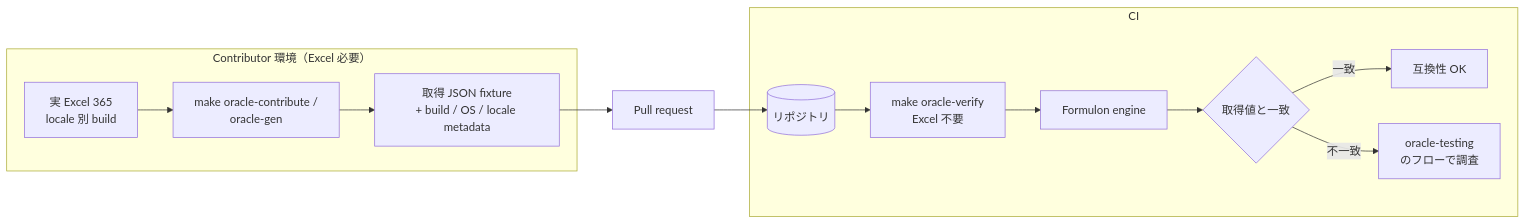
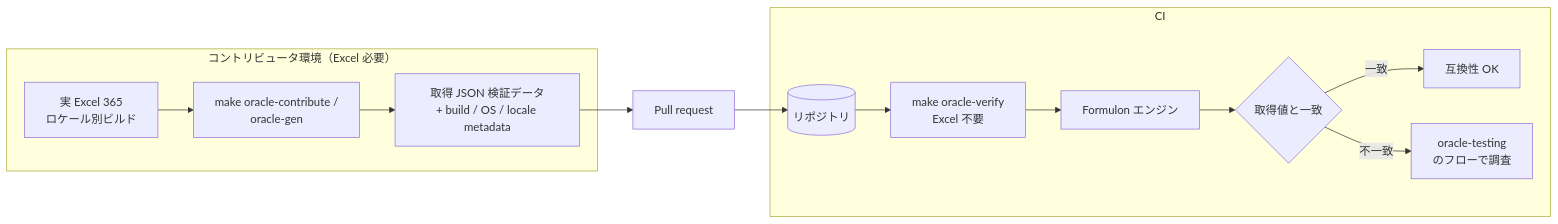
Before and after one commit to libraz/formulon-homepage: the diagram in src/ja/development/oracle-contribution.md, drawn with Mermaid. The commit also changed other lines of this file and 49 other files, not shown here.

````diff
--- a/src/ja/development/oracle-contribution.md
+++ b/src/ja/development/oracle-contribution.md
@@ -9,16 +9,16 @@
 ```mermaid
 flowchart LR
-  subgraph Contributor["Contributor 環境（Excel 必要）"]
-    XL[実 Excel 365<br/>locale 別 build] --> GEN[make oracle-contribute /<br/>oracle-gen]
-    GEN --> JSON[取得 JSON fixture<br/>+ build / OS / locale metadata]
+  subgraph Contributor["コントリビュータ環境（Excel 必要）"]
+    XL[実 Excel 365<br/>ロケール別ビルド] --> GEN[make oracle-contribute /<br/>oracle-gen]
+    GEN --> JSON[取得 JSON 検証データ<br/>+ build / OS / locale metadata]
   end
   JSON --> PR[Pull request]
   PR --> REPO[(リポジトリ)]
   subgraph CI
     REPO --> VER[make oracle-verify<br/>Excel 不要]
-    VER --> ENG[Formulon engine]
+    VER --> ENG[Formulon エンジン]
     ENG --> CMP{取得値と一致}
     CMP -->|一致| OK[互換性 OK]
     CMP -->|不一致| FAIL[oracle-testing<br/>のフローで調査]
   end
 ```
````
